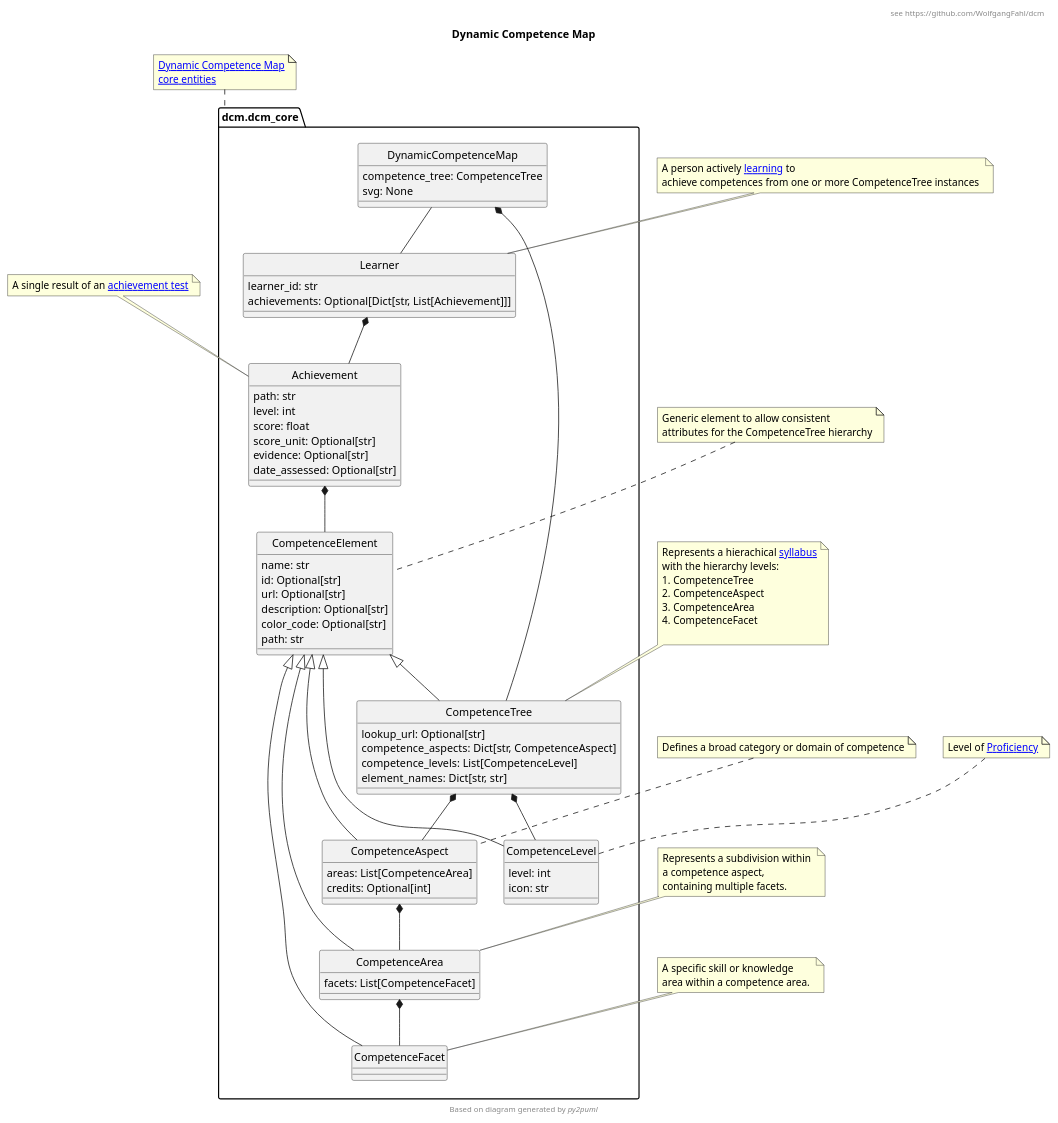
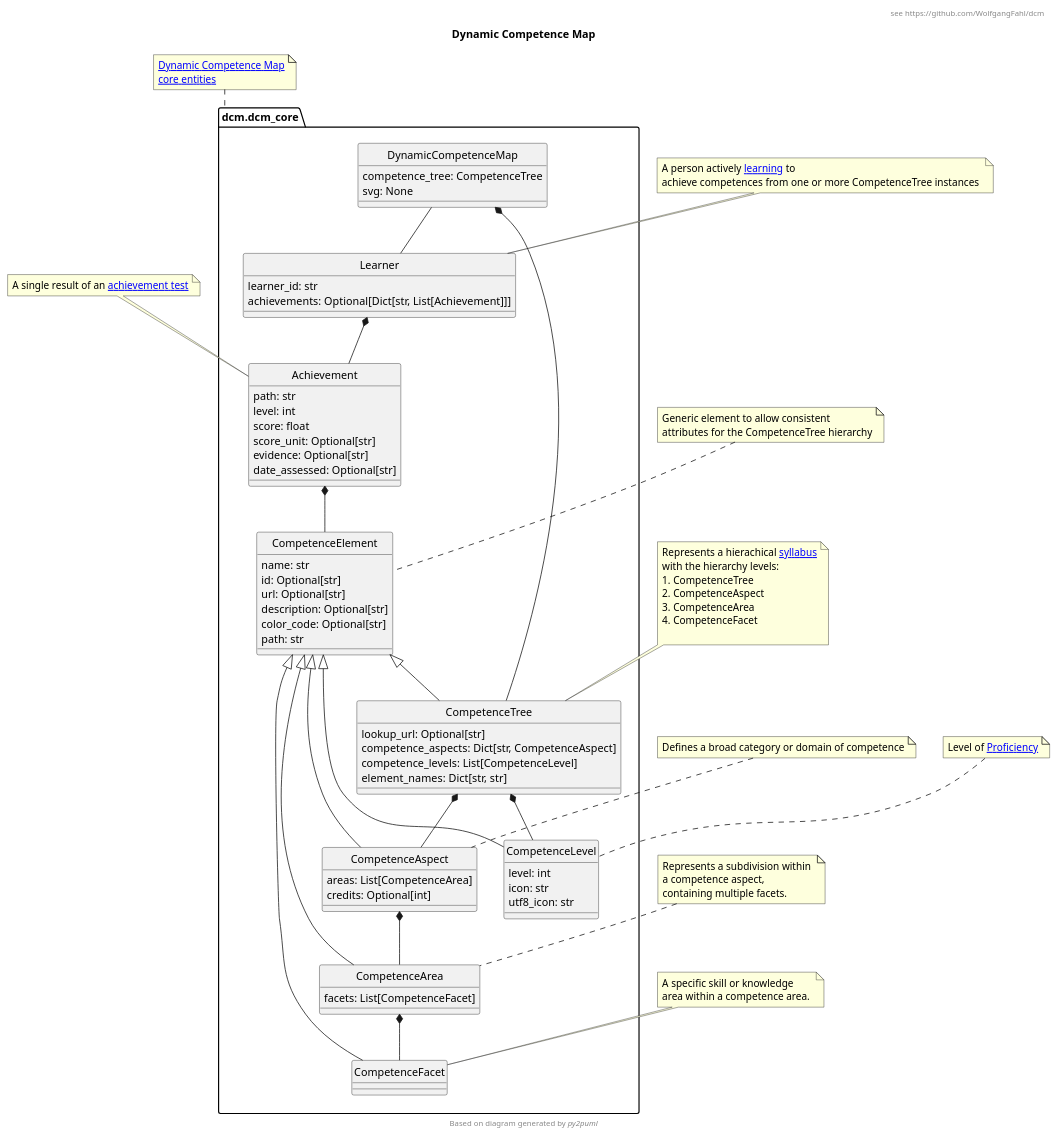
The diagram in dcm.puml (WolfgangFahl/dcm), drawn with PlantUML before and after one commit. The commit also changed 2 other files, not shown here.

```diff
--- a/dcm.puml
+++ b/dcm.puml
@@ -1,113 +1,114 @@
 @startuml
 hide circle
 title Dynamic Competence Map
 header see https://github.com/WolfgangFahl/dcm
 !pragma useIntermediatePackages false
 
 class dcm.dcm_core.DynamicCompetenceMap {
   competence_tree: CompetenceTree
   svg: None
 }
 class dcm.dcm_core.Achievement {
   path: str
   level: int
   score: float
   score_unit: Optional[str]
   evidence: Optional[str]
   date_assessed: Optional[str]
 }
 note top of Achievement
 A single result of an [[https://en.wikipedia.org/wiki/Achievement_test achievement test]]
 end note
 
 class dcm.dcm_core.CompetenceAspect {
   areas: List[CompetenceArea]
   credits: Optional[int]
 }
 class dcm.dcm_core.CompetenceArea {
   facets: List[CompetenceFacet]
 }
 class dcm.dcm_core.CompetenceElement {
   name: str
   id: Optional[str]
   url: Optional[str]
   description: Optional[str]
   color_code: Optional[str]
   path: str 
 }
 
 class dcm.dcm_core.CompetenceFacet {
 }
 class dcm.dcm_core.CompetenceLevel {
   level: int
   icon: str
+  utf8_icon: str
 }
 
 class dcm.dcm_core.CompetenceTree {
   lookup_url: Optional[str]
   competence_aspects: Dict[str, CompetenceAspect]
   competence_levels: List[CompetenceLevel]
   element_names: Dict[str, str]
 }
 note top of CompetenceElement
 Generic element to allow consistent
 attributes for the CompetenceTree hierarchy
 end note
 
 note top of CompetenceAspect
 Defines a broad category or domain of competence
 end note
 
 note top of CompetenceArea
 Represents a subdivision within 
 a competence aspect, 
 containing multiple facets. 
 end note
 
 note top of CompetenceFacet
 A specific skill or knowledge 
 area within a competence area. 
 end note
 
 note top of CompetenceLevel
 Level of [[https://en.wikipedia.org/wiki/Expert Proficiency]]
 end note
 
 note top of CompetenceTree
 Represents a hierachical [[https://en.wikipedia.org/wiki/Syllabus syllabus]]
 with the hierarchy levels:
 # CompetenceTree
 # CompetenceAspect
 # CompetenceArea
 # CompetenceFacet
 
 end note
 
 class dcm.dcm_core.Learner {
   learner_id: str
   achievements: Optional[Dict[str, List[Achievement]]]
 }
 note top of Learner
 A person actively [[https://en.wikipedia.org/wiki/Learning learning]] to 
 achieve competences from one or more CompetenceTree instances 
 end note
 
 note top of dcm.dcm_core
 [[https://github.com/WolfgangFahl/dcm/blob/main/dcm/dcm_core.py Dynamic Competence Map\ncore entities]]
 end note
 
 dcm.dcm_core.DynamicCompetenceMap *-- dcm.dcm_core.CompetenceTree
 dcm.dcm_core.DynamicCompetenceMap -- dcm.dcm_core.Learner
 dcm.dcm_core.CompetenceAspect *-- dcm.dcm_core.CompetenceArea
 dcm.dcm_core.CompetenceArea *-- dcm.dcm_core.CompetenceFacet
 dcm.dcm_core.CompetenceElement <|-- dcm.dcm_core.CompetenceAspect
 dcm.dcm_core.CompetenceElement <|-- dcm.dcm_core.CompetenceArea
 dcm.dcm_core.CompetenceElement <|-- dcm.dcm_core.CompetenceFacet
 dcm.dcm_core.CompetenceElement <|-- dcm.dcm_core.CompetenceLevel
 dcm.dcm_core.CompetenceTree *-- dcm.dcm_core.CompetenceAspect
 dcm.dcm_core.CompetenceTree *-- dcm.dcm_core.CompetenceLevel
 dcm.dcm_core.CompetenceElement <|-- dcm.dcm_core.CompetenceTree
 dcm.dcm_core.Learner *-- dcm.dcm_core.Achievement
 dcm.dcm_core.Achievement *-- dcm.dcm_core.CompetenceElement
 footer Based on diagram generated by //py2puml//
 @enduml
```
